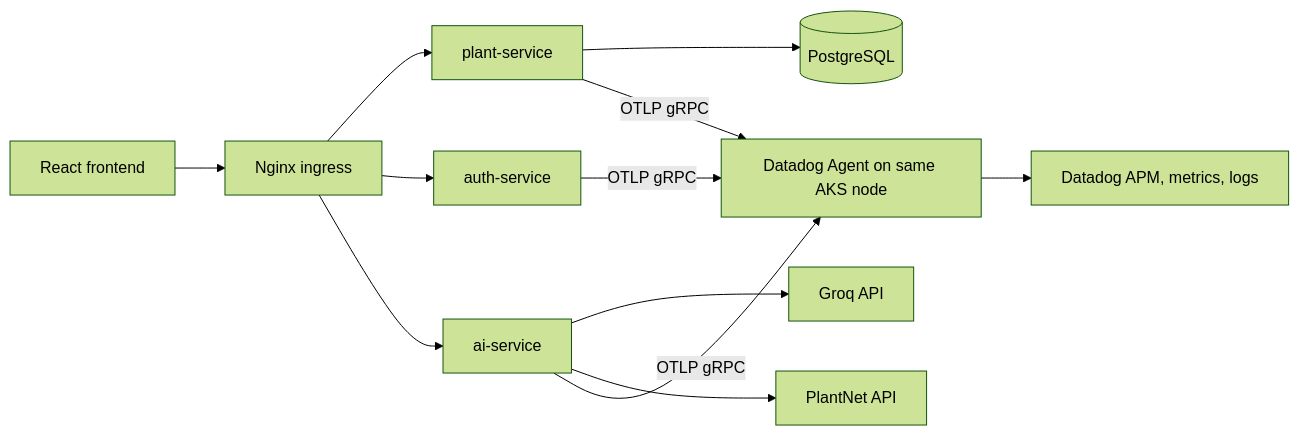
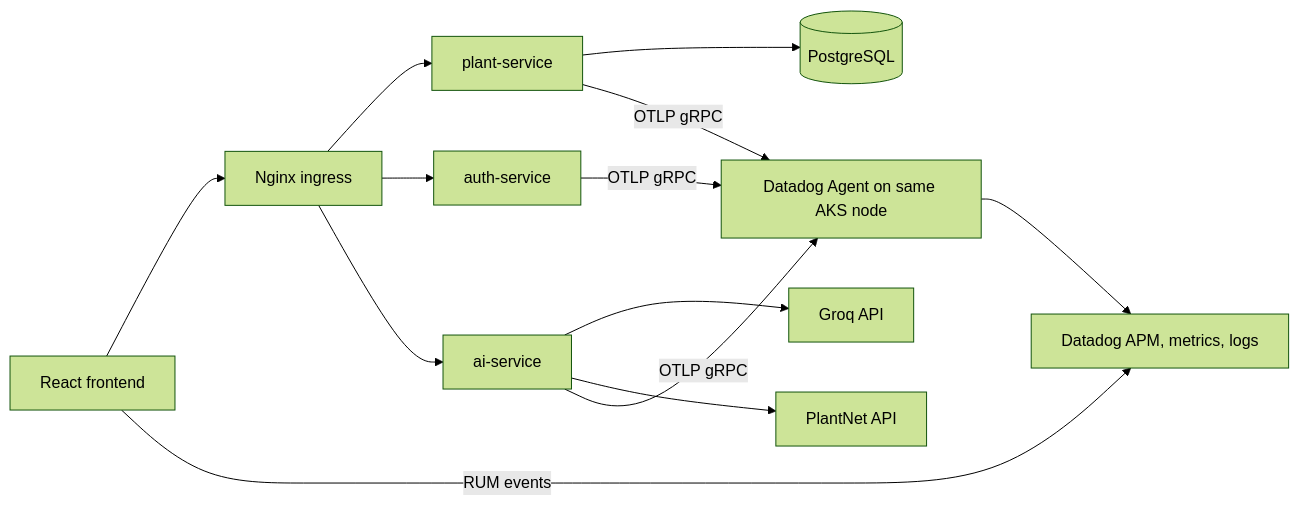
Before and after one commit to Dharshan122001/Virtual_Herbal_Garden_Navi: the diagram in OBSERVABILITY.md, drawn with Mermaid (forest theme). The commit also changed other lines of this file and 10 other files, not shown here.

Commit message:
Add frontend Datadog RUM wiring

````diff
--- a/OBSERVABILITY.md
+++ b/OBSERVABILITY.md
@@ -7,14 +7,15 @@
 ```mermaid
 flowchart LR
   browser[React frontend] --> ingress[Nginx ingress]
   ingress --> plant[plant-service]
   ingress --> auth[auth-service]
   ingress --> ai[ai-service]
   plant --> postgres[(PostgreSQL)]
   ai --> groq[Groq API]
   ai --> plantnet[PlantNet API]
   plant -- OTLP gRPC --> dd[Datadog Agent on same AKS node]
   auth -- OTLP gRPC --> dd
   ai -- OTLP gRPC --> dd
+  browser -- RUM events --> datadog
   dd --> datadog[Datadog APM, metrics, logs]
 ```
````
